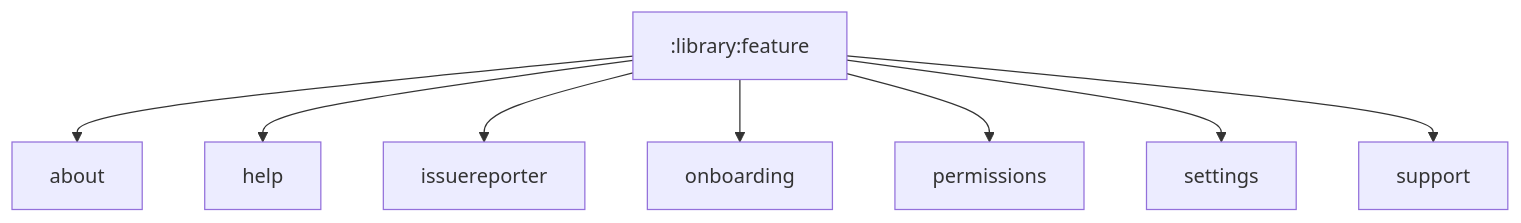
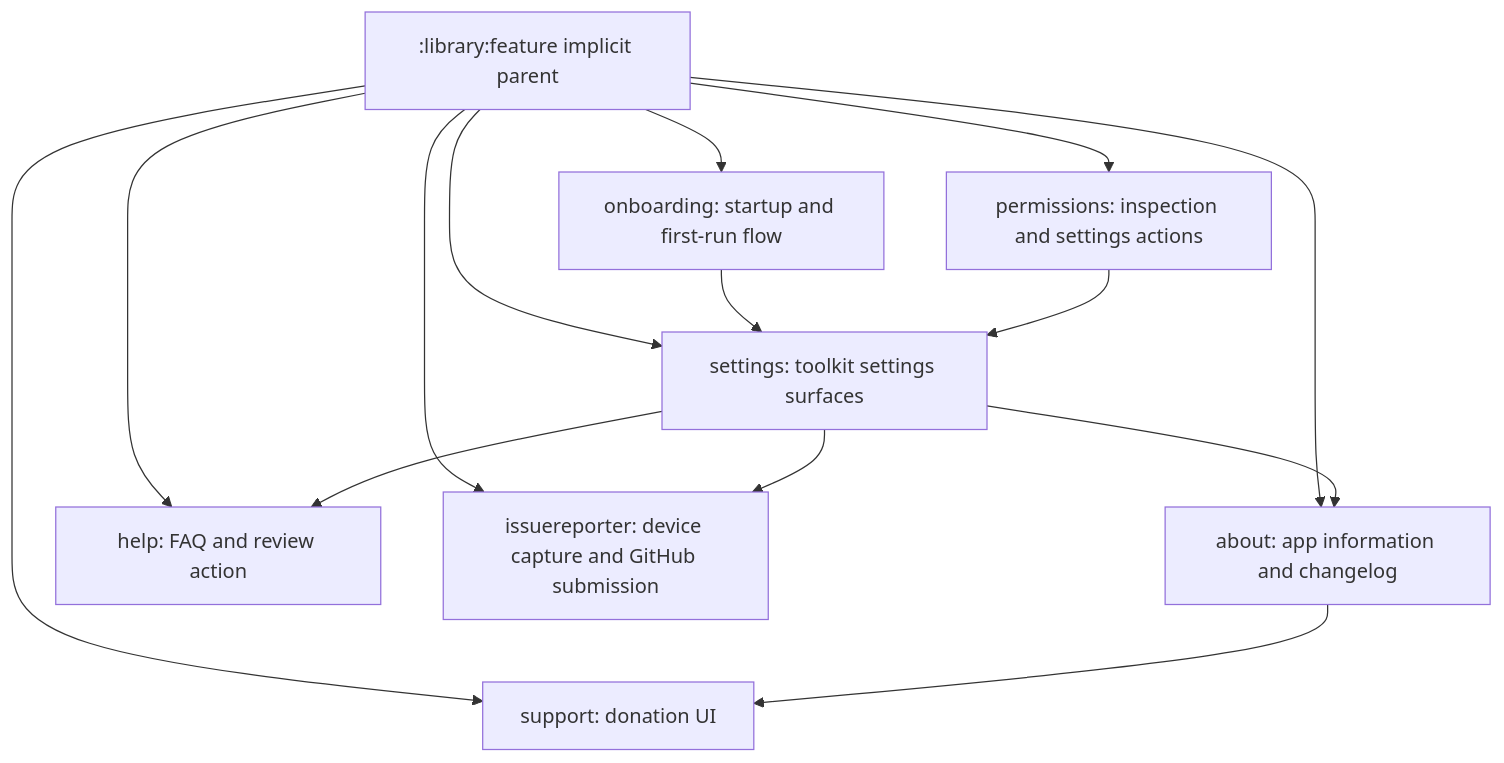
One commit to MihaiCristianCondrea/App-Toolkit-for-Android changed the diagram in library/feature/README.md. Above: the diagram before and after it, drawn with Mermaid. The commit also changed other lines of this file and 57 other files, not shown here.

````diff
--- a/library/feature/README.md
+++ b/library/feature/README.md
@@ -29,10 +29,16 @@
 ```mermaid
 flowchart TD
-    Parent[":library:feature"] --> About[about]
-    Parent --> Help[help]
-    Parent --> Reporter[issuereporter]
-    Parent --> Onboarding[onboarding]
-    Parent --> Permissions[permissions]
-    Parent --> Settings[settings]
-    Parent --> Support[support]
+    Parent[":library:feature implicit parent"] --> About["about: app information and changelog"]
+    Parent --> Help["help: FAQ and review action"]
+    Parent --> Reporter["issuereporter: device capture and GitHub submission"]
+    Parent --> Onboarding["onboarding: startup and first-run flow"]
+    Parent --> Permissions["permissions: inspection and settings actions"]
+    Parent --> Settings["settings: toolkit settings surfaces"]
+    Parent --> Support["support: donation UI"]
+    Settings --> About
+    Settings --> Help
+    Settings --> Reporter
+    Onboarding --> Settings
+    Permissions --> Settings
+    About --> Support
 ```
````
